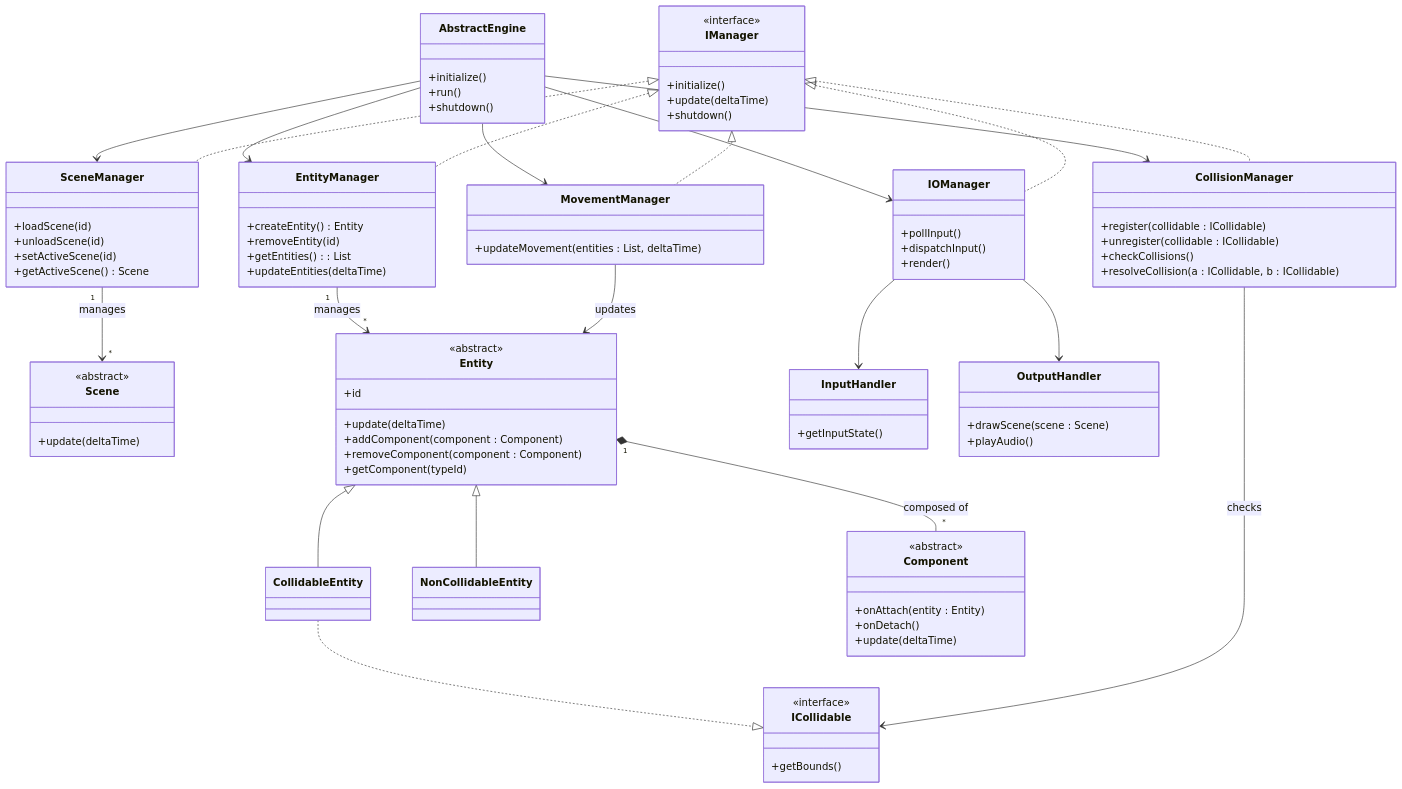
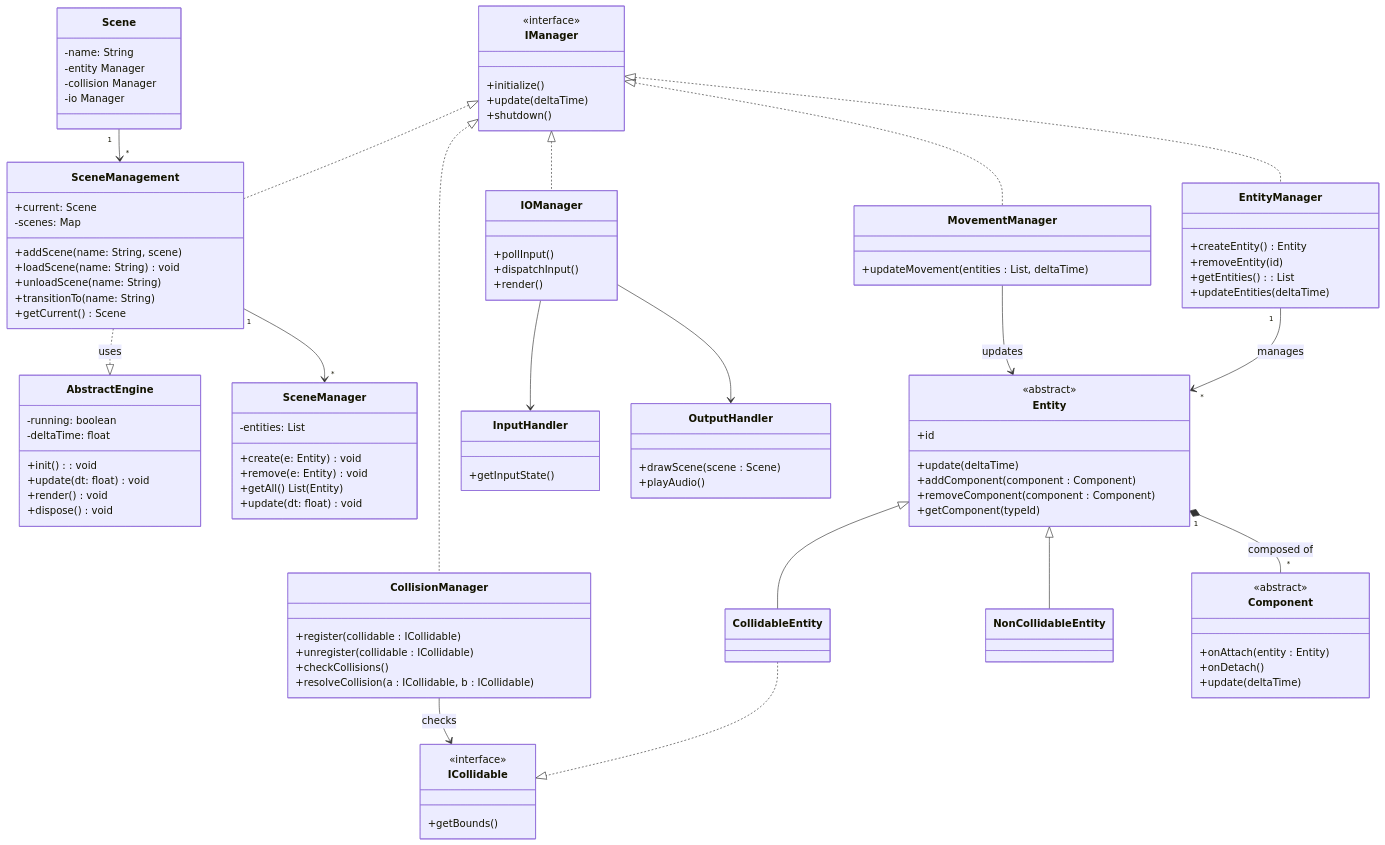
The diagram in classDiagram.mmd (limxinchian/OOP-UML), drawn with Mermaid before and after one commit.

Commit message:
Update UML class diagram

```diff
--- a/classDiagram.mmd
+++ b/classDiagram.mmd
@@ -1,130 +1,142 @@
 classDiagram
     %% ============================
     %% Core Engine
     %% ============================
     class AbstractEngine {
-        +initialize()
-        +run()
-        +shutdown()
+        -running: boolean
+        -deltaTime: float
+        +init(): void
+        +update(dt: float) void
+        +render() void
+        +dispose() void
     }
 
     class IManager {
         <<interface>>
         +initialize()
         +update(deltaTime)
         +shutdown()
     }
 
-    AbstractEngine --> SceneManager
-    AbstractEngine --> EntityManager
-    AbstractEngine --> CollisionManager
-    AbstractEngine --> MovementManager
-    AbstractEngine --> IOManager
-
-    IManager <|.. SceneManager
+    IManager <|.. SceneManagement
     IManager <|.. EntityManager
     IManager <|.. CollisionManager
     IManager <|.. MovementManager
     IManager <|.. IOManager
 
     %% ============================
     %% Scene Management
     %% ============================
+    class SceneManagement {
+        +current: Scene
+        -scenes: Map<String, Scene>
+        +addScene(name: String, scene)
+        +loadScene(name: String) void
+        +unloadScene(name: String)
+        +transitionTo(name: String)
+        +getCurrent() Scene
+    }
+
     class SceneManager {
-        +loadScene(id)
-        +unloadScene(id)
-        +setActiveScene(id)
-        +getActiveScene() Scene
+        -entities: List<Entity>
+        +create(e: Entity) void
+        +remove(e: Entity) void
+        +getAll() List(Entity)
+        +update(dt: float) void
     }
 
     class Scene {
-        <<abstract>>
-        +update(deltaTime)
+        -name: String
+        -entity Manager
+        -collision Manager
+        -io Manager
     }
 
-    SceneManager "1" --> "*" Scene : manages
+    SceneManagement "1" --> "*" SceneManager
+    Scene "1" --> "*" SceneManagement
+    SceneManagement ..|> AbstractEngine: uses
 
     %% ============================
     %% Entity & Component Model
     %% ============================
     class EntityManager {
         +createEntity() Entity
         +removeEntity(id)
         +getEntities() : List
         +updateEntities(deltaTime)
     }
 
     class Entity {
         <<abstract>>
         +id
         +update(deltaTime)
         +addComponent(component : Component)
         +removeComponent(component : Component)
         +getComponent(typeId)
     }
 
     EntityManager "1" --> "*" Entity : manages
 
     class CollidableEntity
     class NonCollidableEntity
 
     Entity <|-- CollidableEntity
     Entity <|-- NonCollidableEntity
 
     class Component {
         <<abstract>>
         +onAttach(entity : Entity)
         +onDetach()
         +update(deltaTime)
     }
 
     Entity "1" *-- "*" Component : composed of
 
     %% ============================
     %% Collision Management
     %% ============================
     class ICollidable {
         <<interface>>
         +getBounds()
     }
 
     CollidableEntity ..|> ICollidable
 
     class CollisionManager {
         +register(collidable : ICollidable)
         +unregister(collidable : ICollidable)
         +checkCollisions()
         +resolveCollision(a : ICollidable, b : ICollidable)
     }
 
     CollisionManager --> ICollidable : checks
 
     %% ============================
     %% Movement Management
     %% ============================
     class MovementManager {
         +updateMovement(entities : List, deltaTime)
     }
 
     MovementManager --> Entity : updates
 
     %% ============================
     %% Input / Output Management
     %% ============================
     class IOManager {
         +pollInput()
         +dispatchInput()
         +render()
     }
 
     class InputHandler {
         +getInputState()
     }
 
     class OutputHandler {
         +drawScene(scene : Scene)
         +playAudio()
     }
 
     IOManager --> InputHandler
     IOManager --> OutputHandler
```
